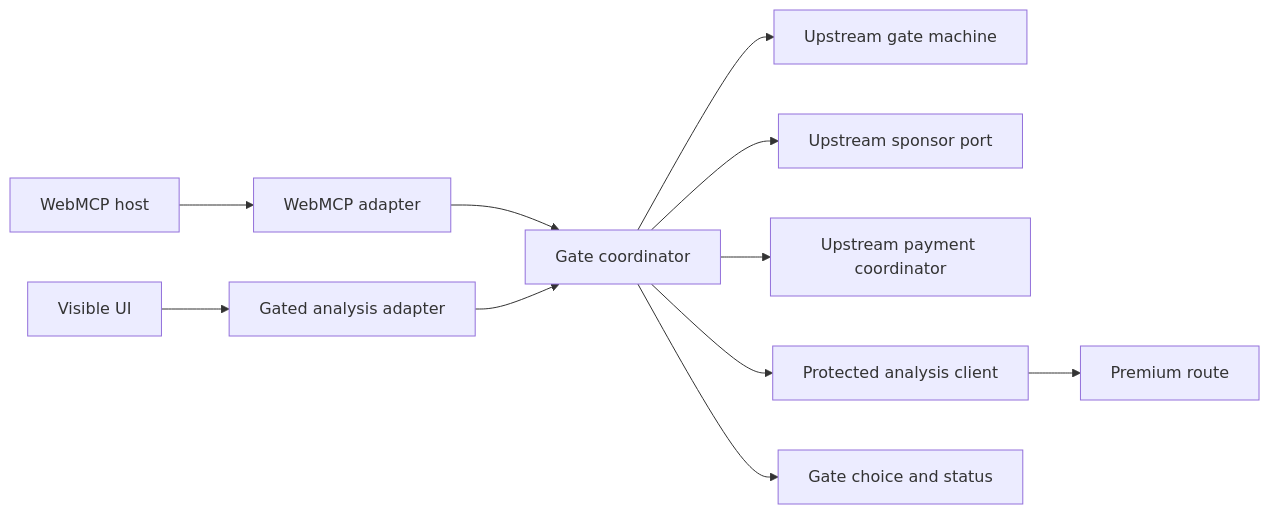
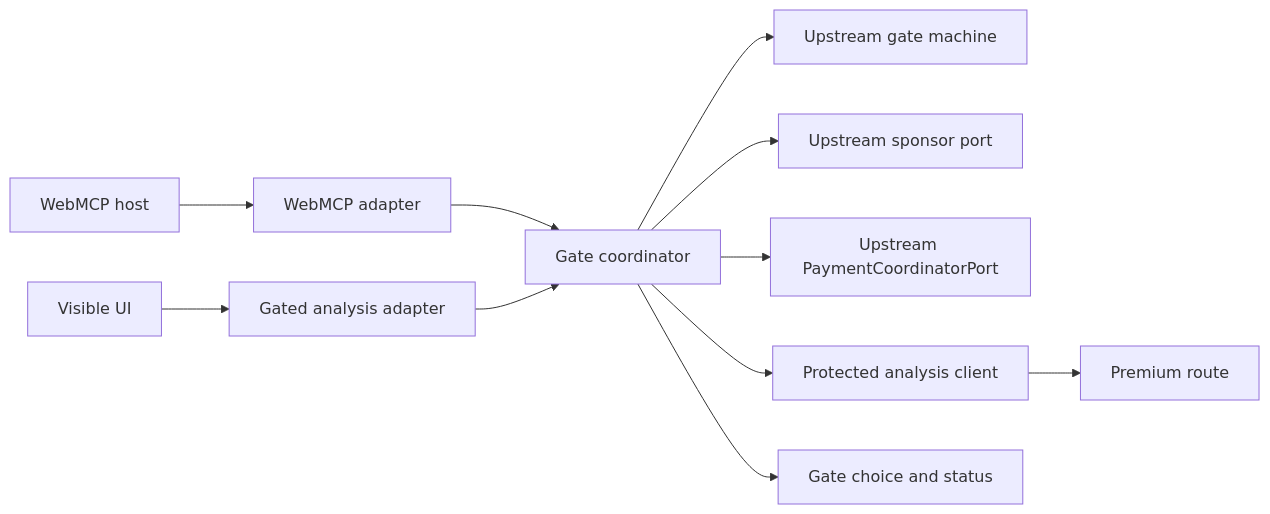
The first of 3 diagrams in .kiro/specs/webmcp-gated-tool/design.md (mashharuki/OpenAI-WebMCP-Challenge-Hackathon2026), drawn with Mermaid before and after one commit. The commit also changed other lines of this file and 13 other files, not shown here.

````diff
--- a/.kiro/specs/webmcp-gated-tool/design.md
+++ b/.kiro/specs/webmcp-gated-tool/design.md
@@ -67,13 +67,13 @@
 ```mermaid
 graph LR
     WebMCPHost[WebMCP host] --> WebMCPAdapter[WebMCP adapter]
     VisibleUI[Visible UI] --> UIAdapter[Gated analysis adapter]
     WebMCPAdapter --> GateCoordinator[Gate coordinator]
     UIAdapter --> GateCoordinator
     GateCoordinator --> GateMachine[Upstream gate machine]
     GateCoordinator --> SponsorPort[Upstream sponsor port]
-    GateCoordinator --> PaymentPort[Upstream payment coordinator]
+    GateCoordinator --> PaymentPort[Upstream PaymentCoordinatorPort]
     GateCoordinator --> ProtectedClient[Protected analysis client]
     ProtectedClient --> PremiumRoute[Premium route]
     GateCoordinator --> GateExperience[Gate choice and status]
 ```
````
